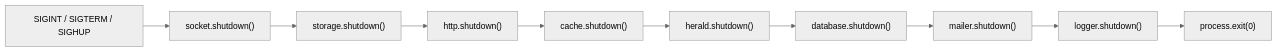
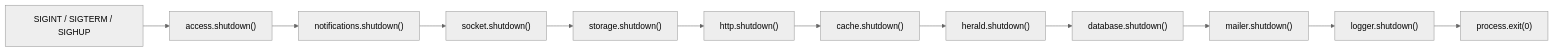
Before and after one commit to warlockjs/documentation: the second of 2 diagrams in src/content/docs/v/latest/core/architecture-concepts/bootstrap-and-connectors.md, drawn with Mermaid (neutral theme). The commit also changed other lines of this file and 40 other files, not shown here.

````diff
--- a/src/content/docs/v/latest/core/architecture-concepts/bootstrap-and-connectors.md
+++ b/src/content/docs/v/latest/core/architecture-concepts/bootstrap-and-connectors.md
@@ -164,23 +176,27 @@
 ```mermaid
 flowchart LR
     sig["SIGINT / SIGTERM / SIGHUP"]
+    access["access.shutdown()"]
+    notifications["notifications.shutdown()"]
     socket["socket.shutdown()"]
     storage["storage.shutdown()"]
     http["http.shutdown()"]
     cache["cache.shutdown()"]
     herald["herald.shutdown()"]
     database["database.shutdown()"]
     mailer["mailer.shutdown()"]
     logger["logger.shutdown()"]
     exit["process.exit(0)"]
 
-    sig --> socket
+    sig --> access
+    access --> notifications
+    notifications --> socket
     socket --> storage
     storage --> http
     http --> cache
     cache --> herald
     herald --> database
     database --> mailer
     mailer --> logger
     logger --> exit
 ```
````
